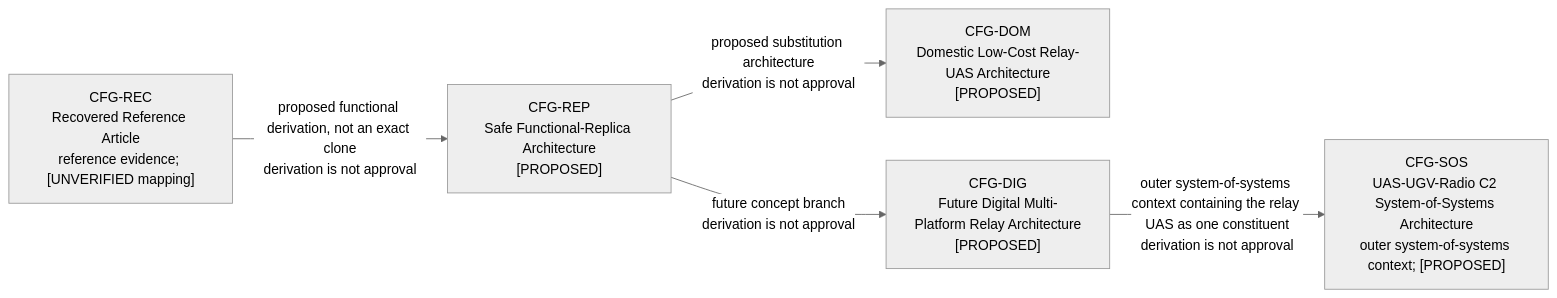
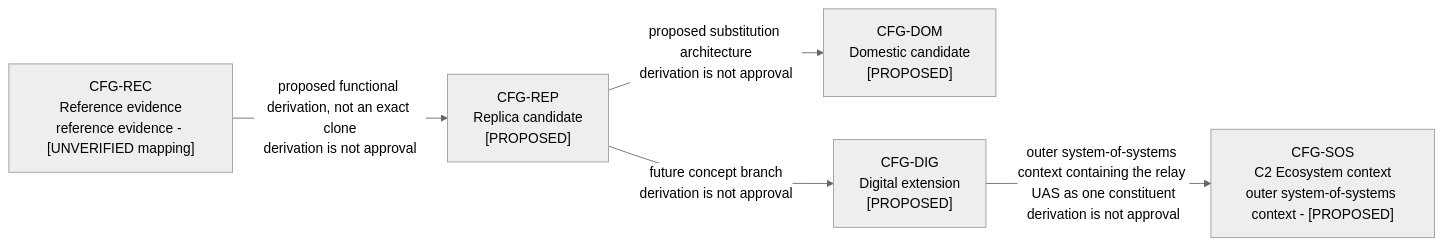
One commit to noahstephenson/low-cost-relay-uas changed the first of 17 diagrams in reports/architecture-views.md. Above: the diagram before and after it, drawn with Mermaid (neutral theme). The commit also changed other lines of this file and 4 other files, not shown here.

Commit message:
Improve Mermaid rendering and validation

````diff
--- a/reports/architecture-views.md
+++ b/reports/architecture-views.md
@@ -22,13 +22,13 @@
 ```mermaid
 flowchart LR
     %% Configuration scope: CFG-REC / CFG-REP / CFG-DOM / CFG-DIG / CFG-SOS
-    CFG_REC["CFG-REC<br/>Recovered Reference Article<br/>reference evidence; [UNVERIFIED mapping]"]
-    CFG_REP["CFG-REP<br/>Safe Functional-Replica Architecture<br/>[PROPOSED]"]
-    CFG_DOM["CFG-DOM<br/>Domestic Low-Cost Relay-UAS Architecture<br/>[PROPOSED]"]
-    CFG_DIG["CFG-DIG<br/>Future Digital Multi-Platform Relay Architecture<br/>[PROPOSED]"]
-    CFG_SOS["CFG-SOS<br/>UAS-UGV-Radio C2 System-of-Systems Architecture<br/>outer system-of-systems context; [PROPOSED]"]
+    CFG_REC["CFG-REC<br/>Reference evidence<br/>reference evidence - [UNVERIFIED mapping]"]
+    CFG_REP["CFG-REP<br/>Replica candidate<br/>[PROPOSED]"]
+    CFG_DOM["CFG-DOM<br/>Domestic candidate<br/>[PROPOSED]"]
+    CFG_DIG["CFG-DIG<br/>Digital extension<br/>[PROPOSED]"]
+    CFG_SOS["CFG-SOS<br/>C2 Ecosystem context<br/>outer system-of-systems context - [PROPOSED]"]
     CFG_REC -->|"proposed functional derivation, not an exact clone<br/>derivation is not approval"| CFG_REP
     CFG_REP -->|"proposed substitution architecture<br/>derivation is not approval"| CFG_DOM
     CFG_REP -->|"future concept branch<br/>derivation is not approval"| CFG_DIG
     CFG_DIG -->|"outer system-of-systems context containing the relay UAS as one constituent<br/>derivation is not approval"| CFG_SOS
 ```
````
